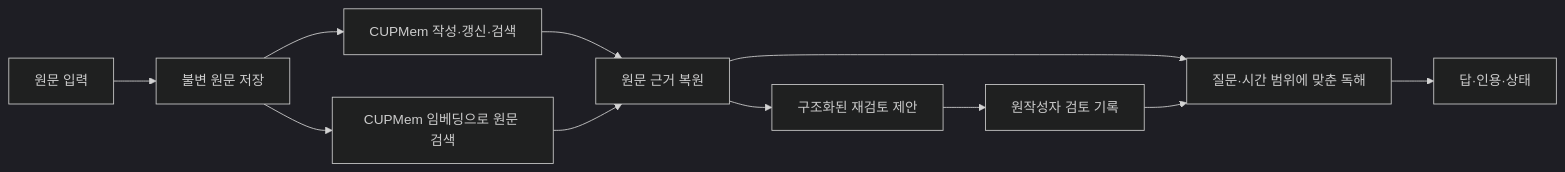
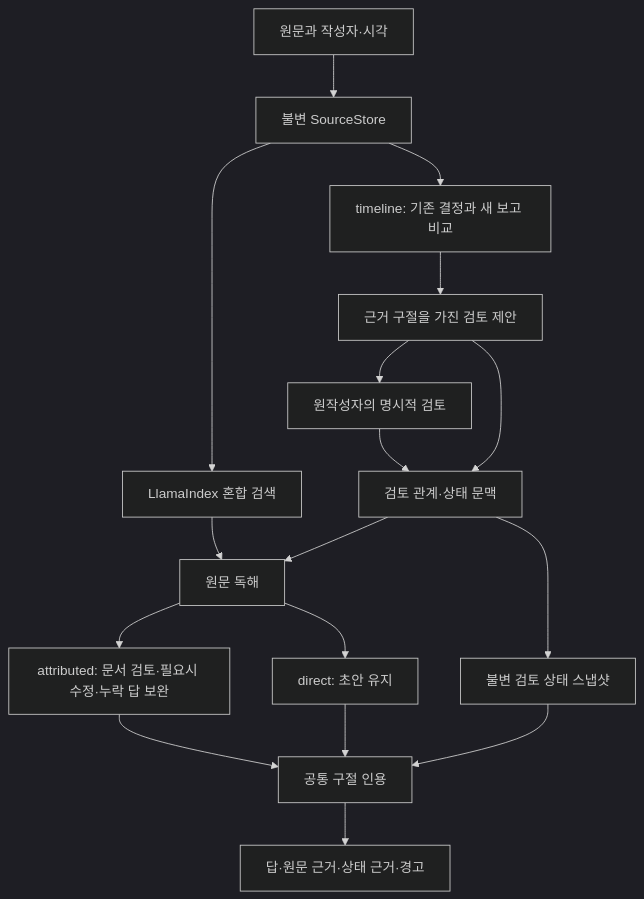
Before and after one commit to ashcircle03/evidence-bounded-team-memory: the diagram in README.md, drawn with Mermaid (dark theme). The commit also changed other lines of this file and 552 other files, not shown here.

````diff
--- a/README.md
+++ b/README.md
@@ -54,13 +58,19 @@
 ```mermaid
-flowchart LR
-    Input[원문 입력] --> Store[불변 원문 저장]
-    Store --> CUP[CUPMem 작성·갱신·검색]
-    Store --> Search[CUPMem 임베딩으로 원문 검색]
-    CUP --> Evidence[원문 근거 복원]
-    Search --> Evidence
-    Evidence --> Review[구조화된 재검토 제안]
-    Review --> Owner[원작성자 검토 기록]
-    Evidence --> QA[질문·시간 범위에 맞춘 독해]
-    Owner --> QA
-    QA --> Output[답·인용·상태]
+flowchart TD
+    Input[원문과 작성자·시각] --> Store[불변 SourceStore]
+    Store --> Compare[timeline: 기존 결정과 새 보고 비교]
+    Compare --> Proposal[근거 구절을 가진 검토 제안]
+    Proposal --> Vote[원작성자의 명시적 검토]
+    Store --> Retrieve[LlamaIndex 혼합 검색]
+    Vote --> Context[검토 관계·상태 문맥]
+    Proposal --> Context
+    Retrieve --> Draft[원문 독해]
+    Context --> Draft
+    Draft --> Checked[attributed: 문서 검토·필요시 수정·누락 답 보완]
+    Draft --> Direct[direct: 초안 유지]
+    Checked --> Cite[공통 구절 인용]
+    Direct --> Cite
+    Context --> Snapshot[불변 검토 상태 스냅샷]
+    Snapshot --> Cite
+    Cite --> Output[답·원문 근거·상태 근거·경고]
 ```
````
